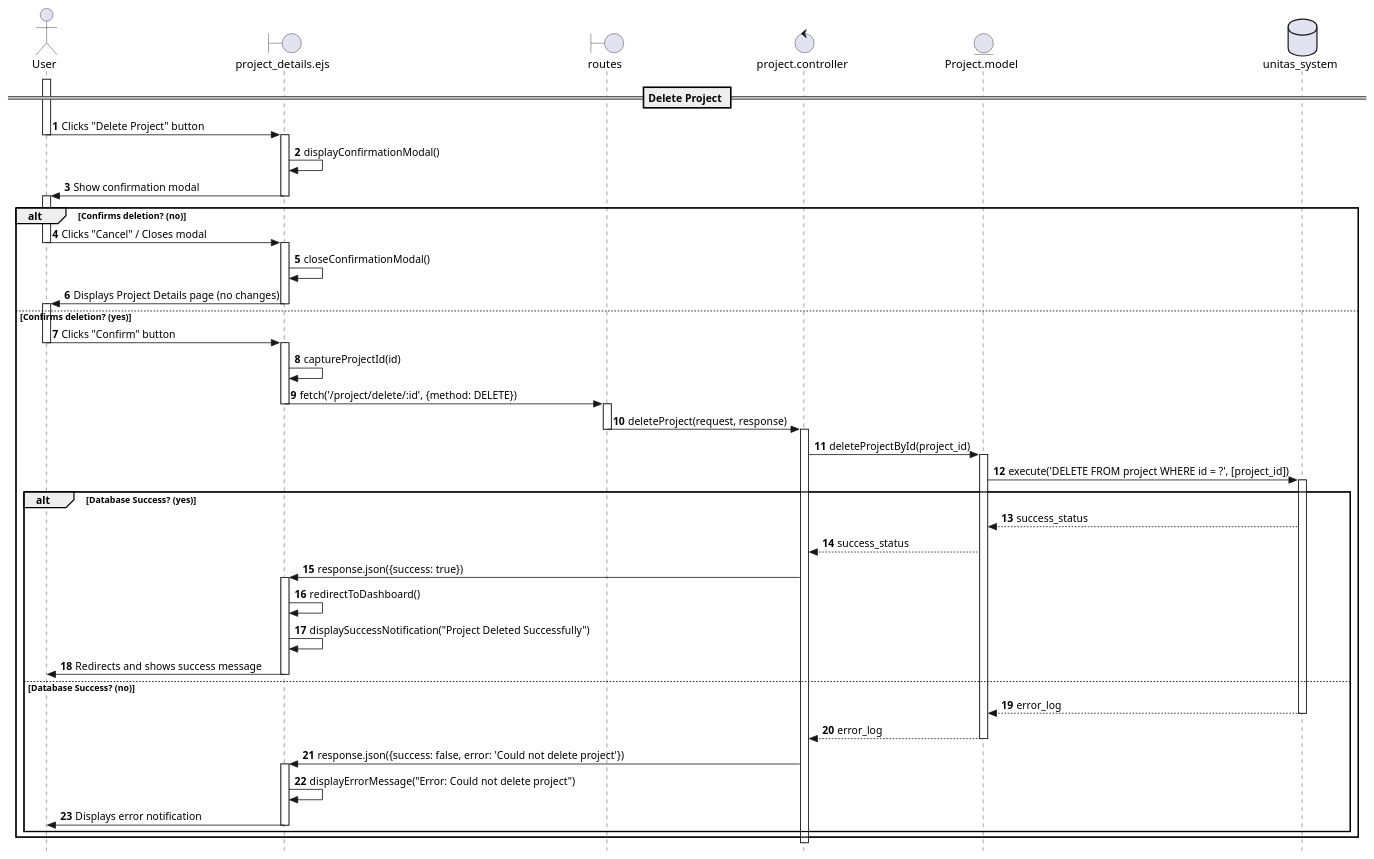
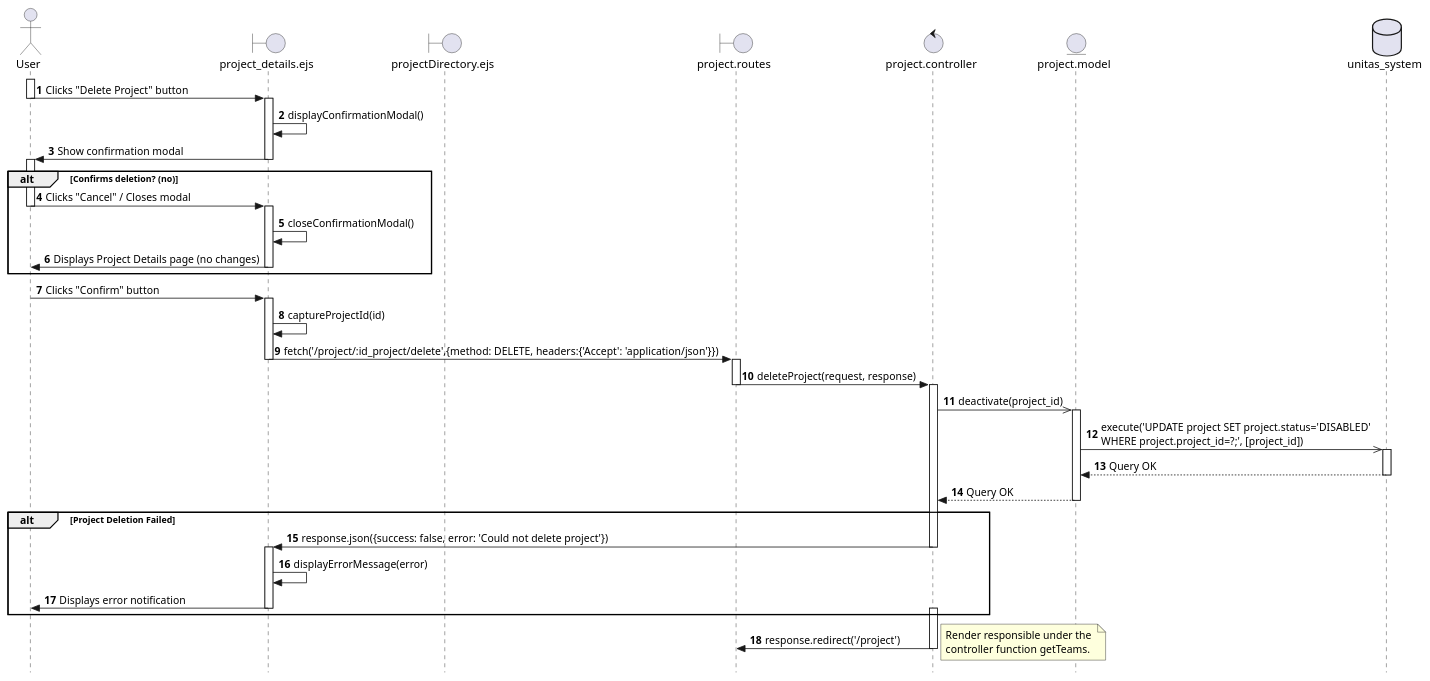
Before and after one commit to Berthou05/LimboSoftwareDevelopment_Change.org: the diagram in documentation/sequence_diagrams/AB/PROJ-03-SD.puml, drawn with PlantUML. The commit also changed 14 other files, not shown here.

```diff
--- a/documentation/sequence_diagrams/AB/PROJ-03-SD.puml
+++ b/documentation/sequence_diagrams/AB/PROJ-03-SD.puml
@@ -1,77 +1,75 @@
 @startuml
 skinparam style strictuml
 
 actor User as U
 boundary "project_details.ejs" as V
-boundary "routes" as RO
+boundary "projectDirectory.ejs" as PD
+boundary "project.routes" as RO
 control "project.controller" as C
-entity "Project.model" as M
+entity "project.model" as M
 database "unitas_system" as BD
 
 autonumber
-
-== Delete Project ==
 
 activate U
 U -> V: Clicks "Delete Project" button
 deactivate U
 
 activate V
 V -> V: displayConfirmationModal()
 V -> U: Show confirmation modal
 deactivate V
 
 alt Confirms deletion? (no)
     activate U
     U -> V: Clicks "Cancel" / Closes modal
     deactivate U
     activate V
     V -> V: closeConfirmationModal()
     V -> U: Displays Project Details page (no changes)
     deactivate V
-
-else Confirms deletion? (yes)
+end
     activate U
     U -> V: Clicks "Confirm" button
     deactivate U
     activate V
     V -> V: captureProjectId(id)
-    V -> RO: fetch('/project/delete/:id', {method: DELETE})
+    V -> RO: fetch('/project/:id_project/delete',{method: DELETE, headers:{'Accept': 'application/json'}})
     deactivate V
 
     activate RO
     RO -> C: deleteProject(request, response)
     deactivate RO
 
     activate C
-    C -> M: deleteProjectById(project_id)
+    C ->> M: deactivate(project_id)
     activate M
-    M -> BD: execute('DELETE FROM project WHERE id = ?', [project_id])
-    activate BD
+    M ->> BD: execute('UPDATE project SET project.status='DISABLED' \nWHERE project.project_id=?;', [project_id])
+        activate BD
+        BD-->M: Query OK
+        deactivate BD
+    M-->C: Query OK
+    deactivate M
     
-    alt Database Success? (yes)
-        BD --> M: success_status
-        M --> C: success_status
-        C -> V: response.json({success: true})
-        activate V
-        V -> V: redirectToDashboard()
-        V -> V: displaySuccessNotification("Project Deleted Successfully")
-        V -> U: Redirects and shows success message
-        deactivate V
+    alt Project Deletion Failed
+
+        C -> V: response.json({success: false, error: 'Could not delete project'})
+        deactivate C
+    activate V
+    V -> V: displayErrorMessage(error)
+    V -> U: Displays error notification
+    deactivate V
+    activate C
+    end
+
         
-    else Database Success? (no)
-        BD --> M: error_log
-        deactivate BD
-        M --> C: error_log
-        deactivate M
-        C -> V: response.json({success: false, error: 'Could not delete project'})
-        activate V
-        V -> V: displayErrorMessage("Error: Could not delete project")
-        V -> U: Displays error notification
-        deactivate V
-    end
-end
+        
+        C -> RO: response.redirect('/project')
+        deactivate C
 
-deactivate C
+        note right
+        Render responsible under the 
+        controller function getTeams.
+        end note
 
 @enduml
```
